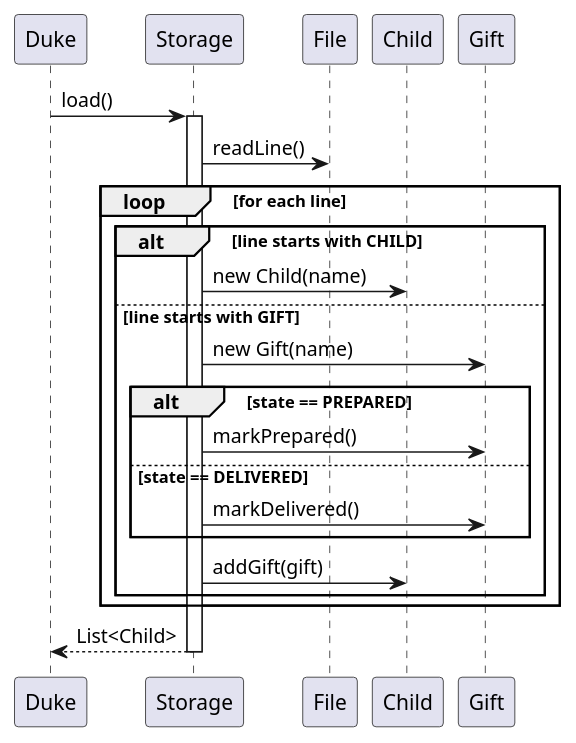
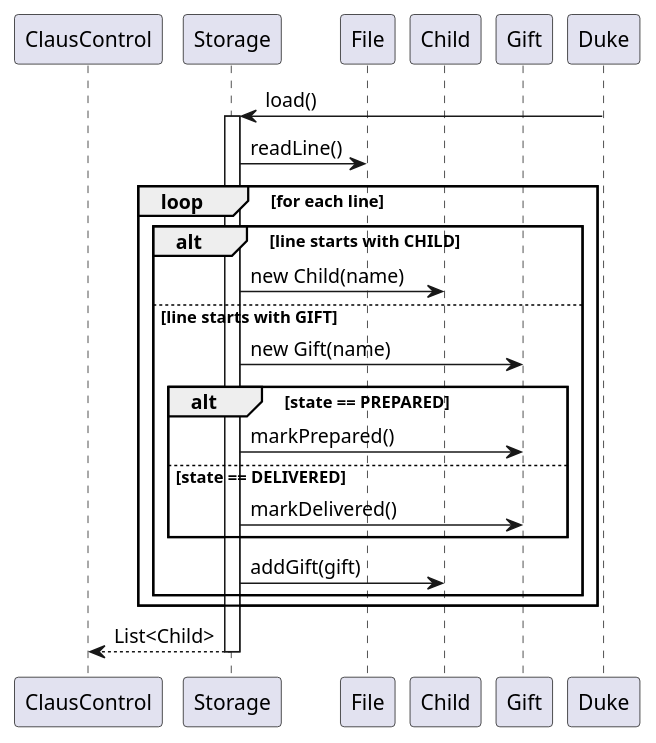
The diagram in docs/diagrams/LoadDataSequenceDiagram.puml (shrabasti-c/tp), drawn with PlantUML before and after one commit. The commit also changed 4 other files, not shown here.

Commit message:
Format the DG correctly and fix storage UML diagrams

```diff
--- a/docs/diagrams/LoadDataSequenceDiagram.puml
+++ b/docs/diagrams/LoadDataSequenceDiagram.puml
@@ -1,33 +1,33 @@
 @startuml
 
-participant Duke
+participant ClausControl
 participant Storage
 participant File
 participant Child
 participant Gift
 
 Duke -> Storage : load()
 activate Storage
 
 Storage -> File : readLine()
 
 loop for each line
     alt line starts with CHILD
         Storage -> Child : new Child(name)
     else line starts with GIFT
         Storage -> Gift : new Gift(name)
 
         alt state == PREPARED
             Storage -> Gift : markPrepared()
         else state == DELIVERED
             Storage -> Gift : markDelivered()
         end
 
         Storage -> Child : addGift(gift)
     end
 end
 
-Storage --> Duke : List<Child>
+Storage --> ClausControl : List<Child>
 deactivate Storage
 
 @enduml
```
